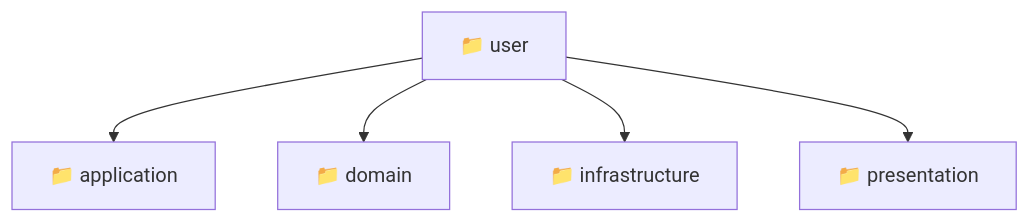
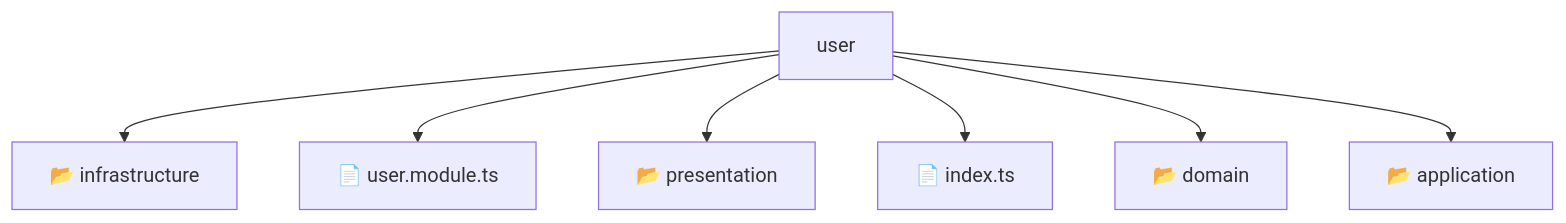
Before and after one commit to beginwebdev2002/fullstack-mavluda: the diagram in backend/src/modules/user/README.md, drawn with Mermaid. The commit also changed other lines of this file and 155 other files, not shown here.

````diff
--- a/backend/src/modules/user/README.md
+++ b/backend/src/modules/user/README.md
@@ -10,8 +14,10 @@
 ```mermaid
 graph TD
-  Root["📁 user"]
-  Root --> application["📁 application"]
-  Root --> domain["📁 domain"]
-  Root --> infrastructure["📁 infrastructure"]
-  Root --> presentation["📁 presentation"]
+    Root[user]
+    Root --> F0[📂 infrastructure]
+    Root --> F1[📄 user.module.ts]
+    Root --> F2[📂 presentation]
+    Root --> F3[📄 index.ts]
+    Root --> F4[📂 domain]
+    Root --> F5[📂 application]
 ```
````
